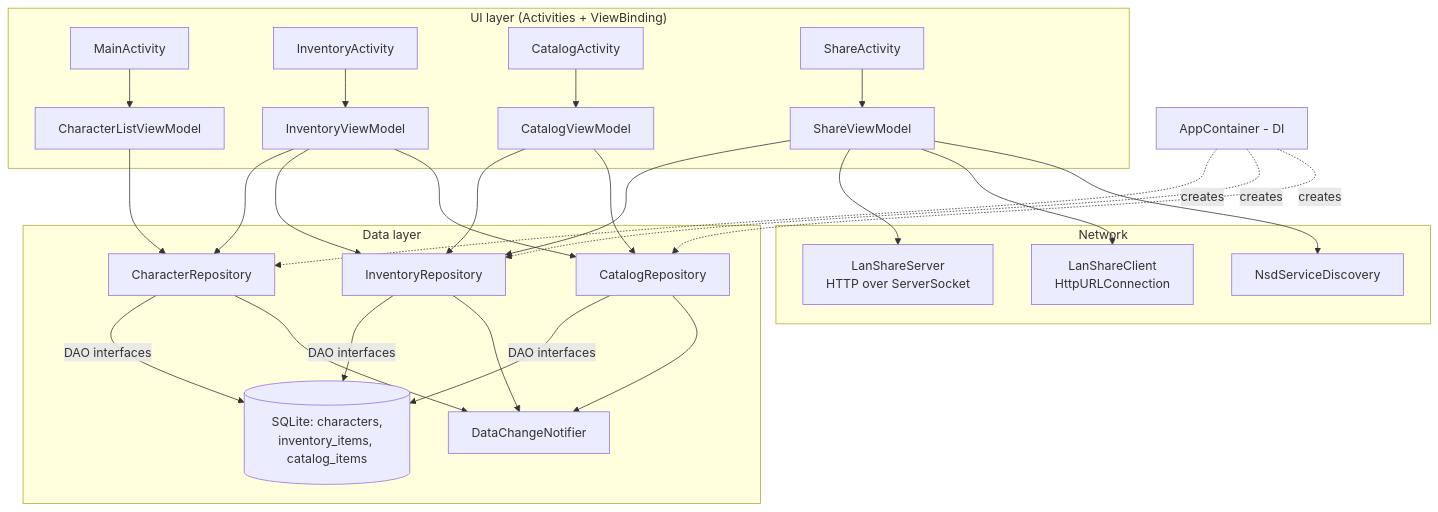
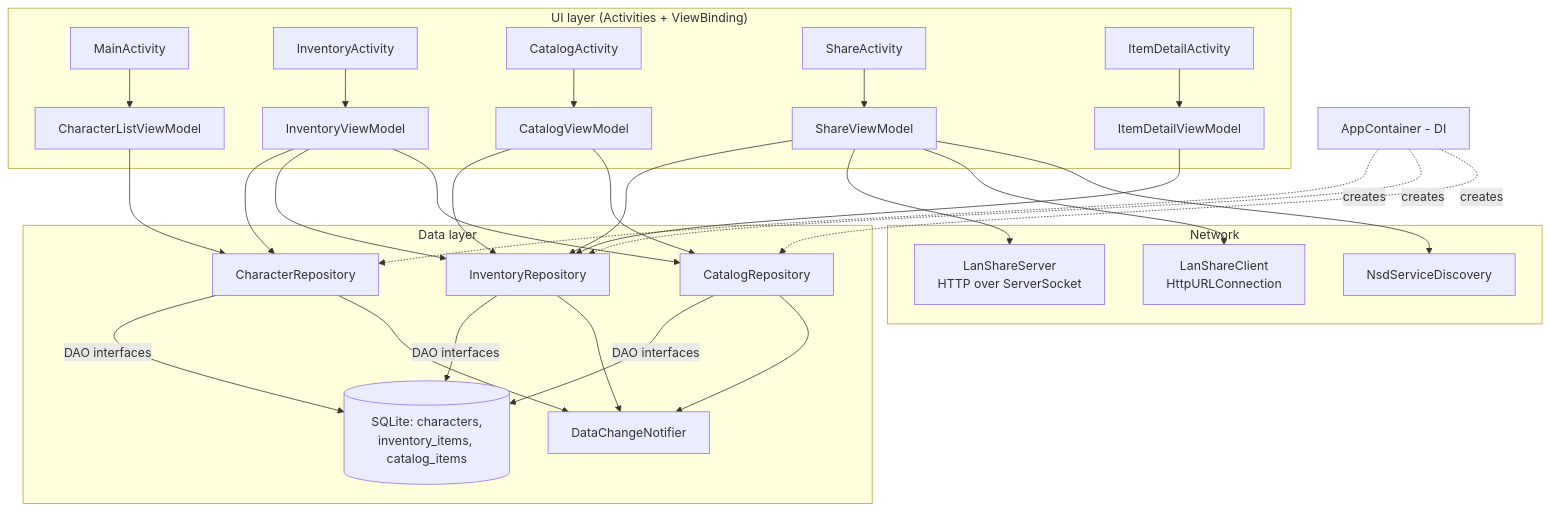
Before and after one commit to BorisNedelchev/MobileApps2026-2401321067: the first of 2 diagrams in BagOfHolding/README.md, drawn with Mermaid. The commit also changed other lines of this file and 57 other files, not shown here.

````diff
--- a/BagOfHolding/README.md
+++ b/BagOfHolding/README.md
@@ -78,28 +108,29 @@
 ```mermaid
 flowchart TD
     subgraph UI["UI layer (Activities + ViewBinding)"]
         A1[MainActivity] --> V1[CharacterListViewModel]
         A2[InventoryActivity] --> V2[InventoryViewModel]
         A3[CatalogActivity] --> V3[CatalogViewModel]
         A4[ShareActivity] --> V4[ShareViewModel]
+        A5[ItemDetailActivity] --> V5[ItemDetailViewModel]
     end
     subgraph Data["Data layer"]
         R1[CharacterRepository]
         R2[InventoryRepository]
         R3[CatalogRepository]
         N[DataChangeNotifier]
         D[(SQLite: characters,<br/>inventory_items, catalog_items)]
     end
     subgraph Net["Network"]
         S[LanShareServer<br/>HTTP over ServerSocket]
         C[LanShareClient<br/>HttpURLConnection]
         NSD[NsdServiceDiscovery]
     end
     V1 & V2 --> R1
-    V2 & V3 & V4 --> R2
+    V2 & V3 & V4 & V5 --> R2
     V2 & V3 --> R3
     R1 & R2 & R3 -->|DAO interfaces| D
     R1 & R2 & R3 --> N
     V4 --> S & C & NSD
     AC[AppContainer - DI] -.creates.-> R1 & R2 & R3
 ```
````
